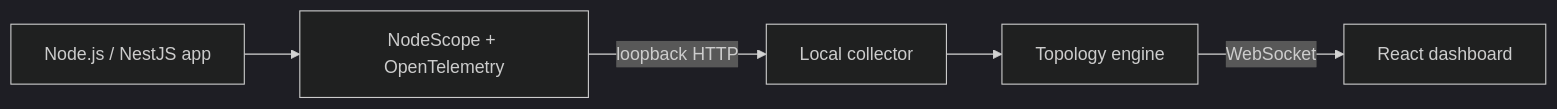
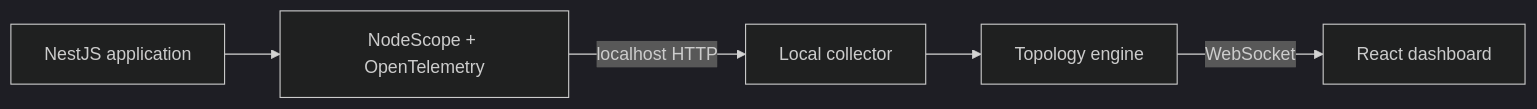
One commit to msHamed1/node-flow changed the diagram in README.md. Above: the diagram before and after it, drawn with Mermaid (dark theme). The commit also changed other lines of this file, not shown here.

````diff
--- a/README.md
+++ b/README.md
@@ -52,7 +56,7 @@
 ```mermaid
 flowchart LR
-    App[Node.js / NestJS app] --> OTel[NodeScope + OpenTelemetry]
-    OTel -->|loopback HTTP| Collector[Local collector]
+    App[NestJS application] --> Instrumentation[NodeScope + OpenTelemetry]
+    Instrumentation -->|localhost HTTP| Collector[Local collector]
     Collector --> Engine[Topology engine]
     Engine -->|WebSocket| Dashboard[React dashboard]
 ```
````
